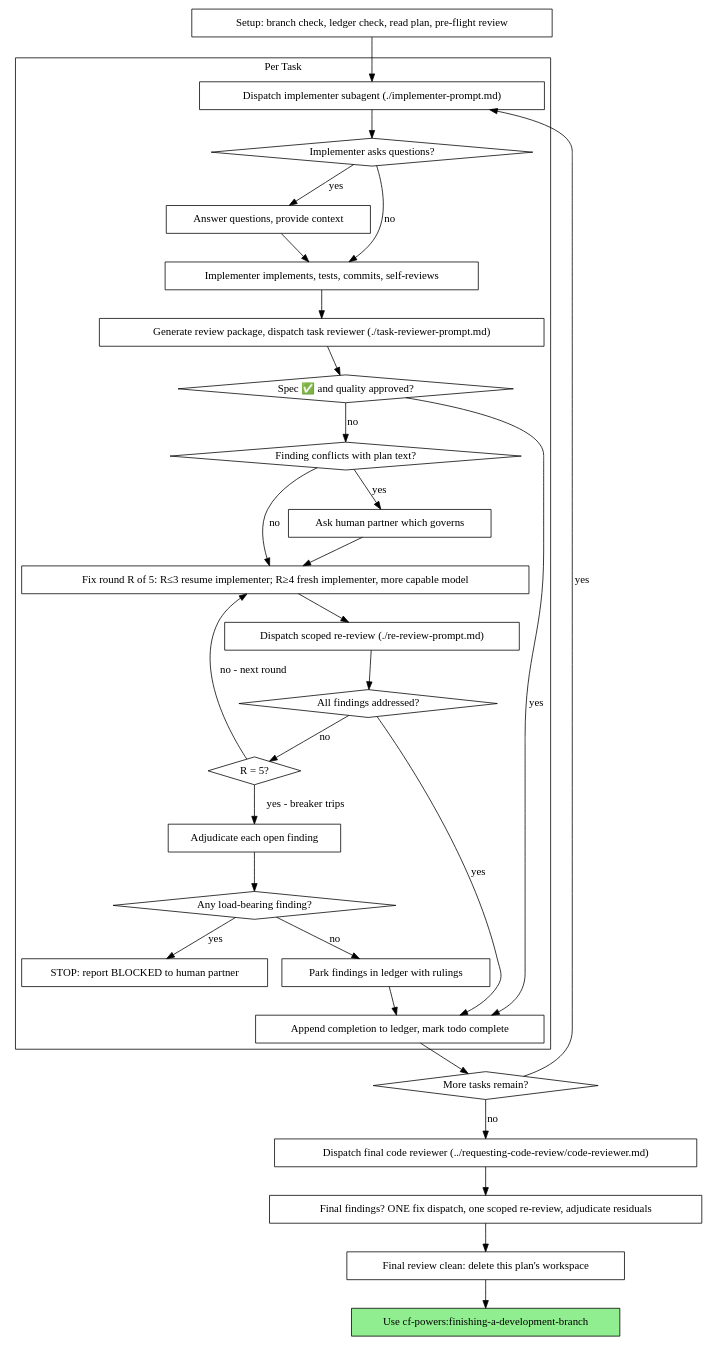
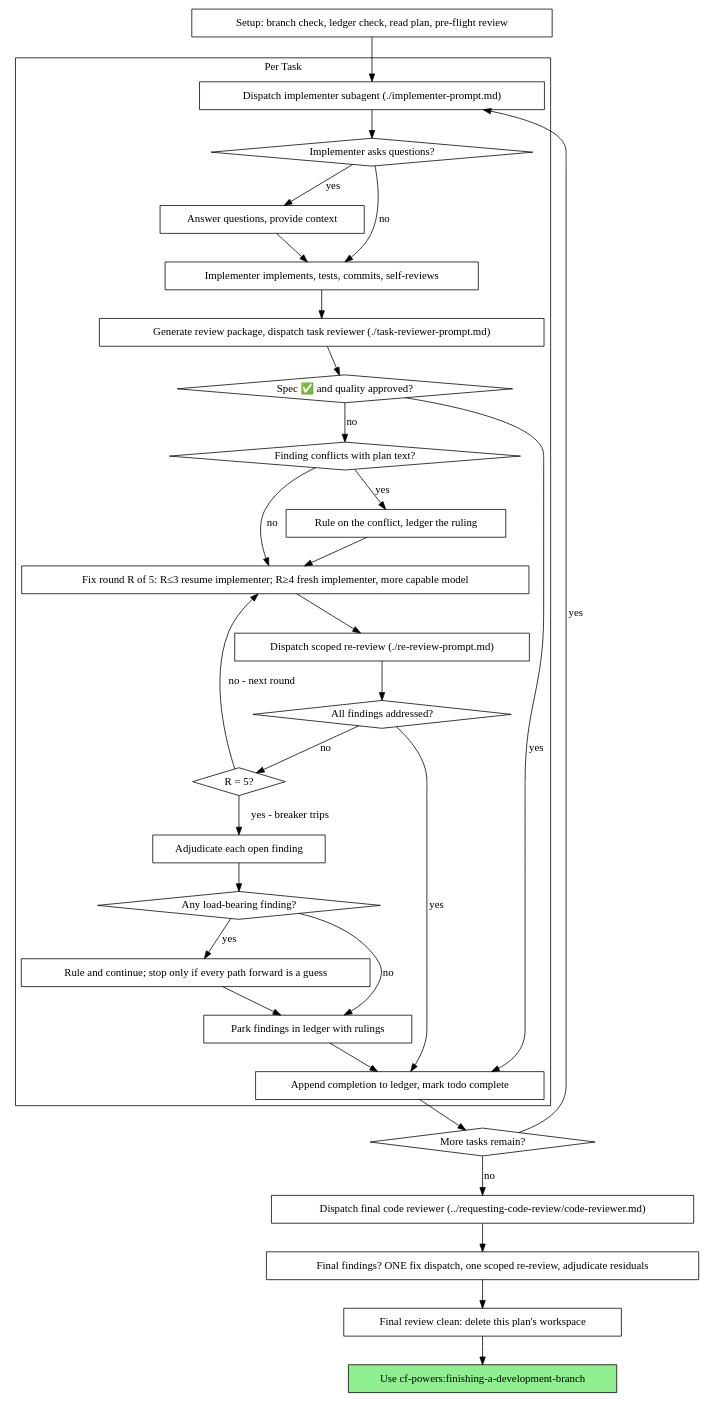
Before and after one commit to cloudfieldcz/cf-powers: the second of 2 diagrams in skills/subagent-driven-development/SKILL.md, drawn with Graphviz. The commit also changed other lines of this file and 25 other files, not shown here.

````diff
--- a/skills/subagent-driven-development/SKILL.md
+++ b/skills/subagent-driven-development/SKILL.md
@@ -52,62 +67,63 @@
 ```dot
 digraph process {
     rankdir=TB;
 
     subgraph cluster_per_task {
         label="Per Task";
         "Dispatch implementer subagent (./implementer-prompt.md)" [shape=box];
         "Implementer asks questions?" [shape=diamond];
         "Answer questions, provide context" [shape=box];
         "Implementer implements, tests, commits, self-reviews" [shape=box];
         "Generate review package, dispatch task reviewer (./task-reviewer-prompt.md)" [shape=box];
         "Spec ✅ and quality approved?" [shape=diamond];
         "Finding conflicts with plan text?" [shape=diamond];
-        "Ask human partner which governs" [shape=box];
+        "Rule on the conflict, ledger the ruling" [shape=box];
         "Fix round R of 5: R≤3 resume implementer; R≥4 fresh implementer, more capable model" [shape=box];
         "Dispatch scoped re-review (./re-review-prompt.md)" [shape=box];
         "All findings addressed?" [shape=diamond];
         "R = 5?" [shape=diamond];
         "Adjudicate each open finding" [shape=box];
         "Any load-bearing finding?" [shape=diamond];
-        "STOP: report BLOCKED to human partner" [shape=box];
+        "Rule and continue; stop only if every path forward is a guess" [shape=box];
         "Park findings in ledger with rulings" [shape=box];
         "Append completion to ledger, mark todo complete" [shape=box];
     }
 
     "Setup: branch check, ledger check, read plan, pre-flight review" [shape=box];
     "More tasks remain?" [shape=diamond];
     "Dispatch final code reviewer (../requesting-code-review/code-reviewer.md)" [shape=box];
     "Final findings? ONE fix dispatch, one scoped re-review, adjudicate residuals" [shape=box];
     "Final review clean: delete this plan's workspace" [shape=box];
     "Use cf-powers:finishing-a-development-branch" [shape=box style=filled fillcolor=lightgreen];
 
     "Setup: branch check, ledger check, read plan, pre-flight review" -> "Dispatch implementer subagent (./implementer-prompt.md)";
     "Dispatch implementer subagent (./implementer-prompt.md)" -> "Implementer asks questions?";
     "Implementer asks questions?" -> "Answer questions, provide context" [label="yes"];
     "Answer questions, provide context" -> "Implementer implements, tests, commits, self-reviews";
     "Implementer asks questions?" -> "Implementer implements, tests, commits, self-reviews" [label="no"];
     "Implementer implements, tests, commits, self-reviews" -> "Generate review package, dispatch task reviewer (./task-reviewer-prompt.md)";
     "Generate review package, dispatch task reviewer (./task-reviewer-prompt.md)" -> "Spec ✅ and quality approved?";
     "Spec ✅ and quality approved?" -> "Append completion to ledger, mark todo complete" [label="yes"];
     "Spec ✅ and quality approved?" -> "Finding conflicts with plan text?" [label="no"];
-    "Finding conflicts with plan text?" -> "Ask human partner which governs" [label="yes"];
-    "Ask human partner which governs" -> "Fix round R of 5: R≤3 resume implementer; R≥4 fresh implementer, more capable model";
+    "Finding conflicts with plan text?" -> "Rule on the conflict, ledger the ruling" [label="yes"];
+    "Rule on the conflict, ledger the ruling" -> "Fix round R of 5: R≤3 resume implementer; R≥4 fresh implementer, more capable model";
     "Finding conflicts with plan text?" -> "Fix round R of 5: R≤3 resume implementer; R≥4 fresh implementer, more capable model" [label="no"];
     "Fix round R of 5: R≤3 resume implementer; R≥4 fresh implementer, more capable model" -> "Dispatch scoped re-review (./re-review-prompt.md)";
     "Dispatch scoped re-review (./re-review-prompt.md)" -> "All findings addressed?";
     "All findings addressed?" -> "Append completion to ledger, mark todo complete" [label="yes"];
     "All findings addressed?" -> "R = 5?" [label="no"];
     "R = 5?" -> "Fix round R of 5: R≤3 resume implementer; R≥4 fresh implementer, more capable model" [label="no - next round"];
     "R = 5?" -> "Adjudicate each open finding" [label="yes - breaker trips"];
     "Adjudicate each open finding" -> "Any load-bearing finding?";
-    "Any load-bearing finding?" -> "STOP: report BLOCKED to human partner" [label="yes"];
+    "Any load-bearing finding?" -> "Rule and continue; stop only if every path forward is a guess" [label="yes"];
+    "Rule and continue; stop only if every path forward is a guess" -> "Park findings in ledger with rulings";
     "Any load-bearing finding?" -> "Park findings in ledger with rulings" [label="no"];
     "Park findings in ledger with rulings" -> "Append completion to ledger, mark todo complete";
     "Append completion to ledger, mark todo complete" -> "More tasks remain?";
     "More tasks remain?" -> "Dispatch implementer subagent (./implementer-prompt.md)" [label="yes"];
     "More tasks remain?" -> "Dispatch final code reviewer (../requesting-code-review/code-reviewer.md)" [label="no"];
     "Dispatch final code reviewer (../requesting-code-review/code-reviewer.md)" -> "Final findings? ONE fix dispatch, one scoped re-review, adjudicate residuals";
     "Final findings? ONE fix dispatch, one scoped re-review, adjudicate residuals" -> "Final review clean: delete this plan's workspace";
     "Final review clean: delete this plan's workspace" -> "Use cf-powers:finishing-a-development-branch";
 }
 ```
````
